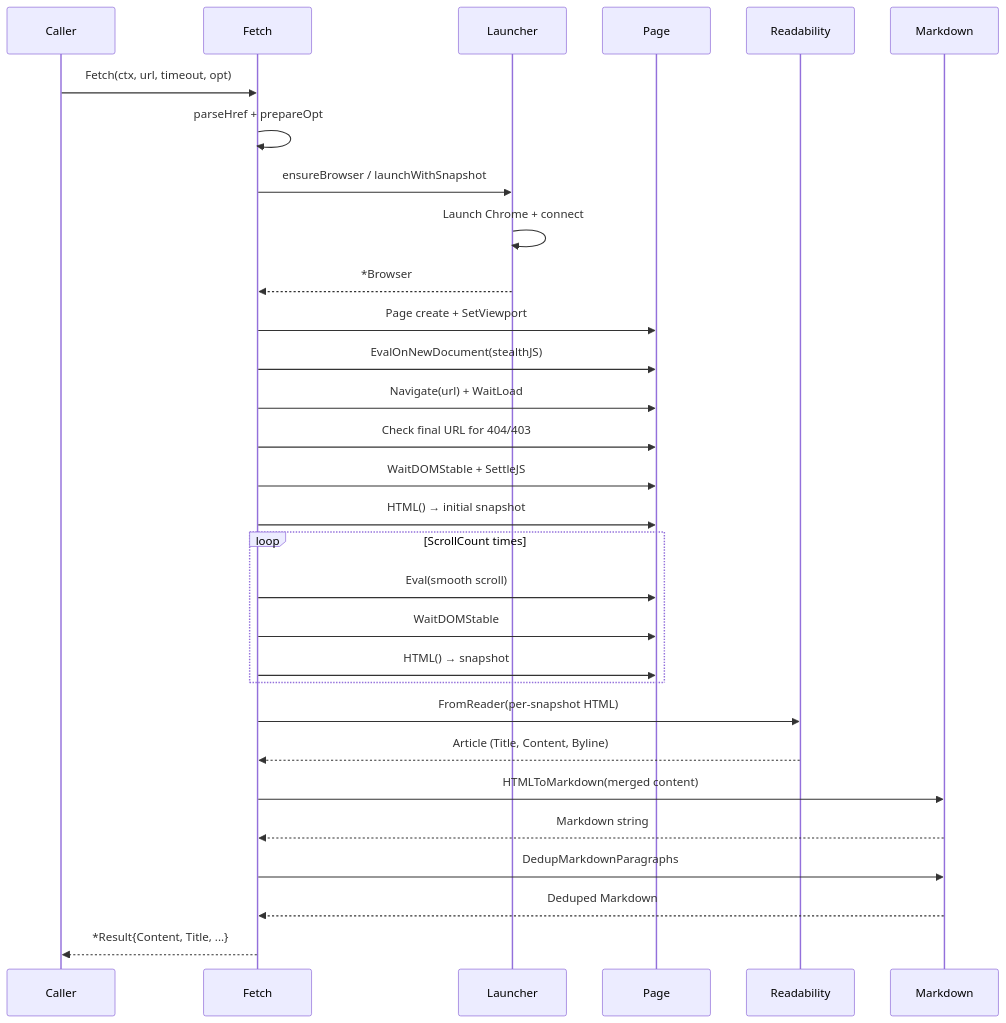
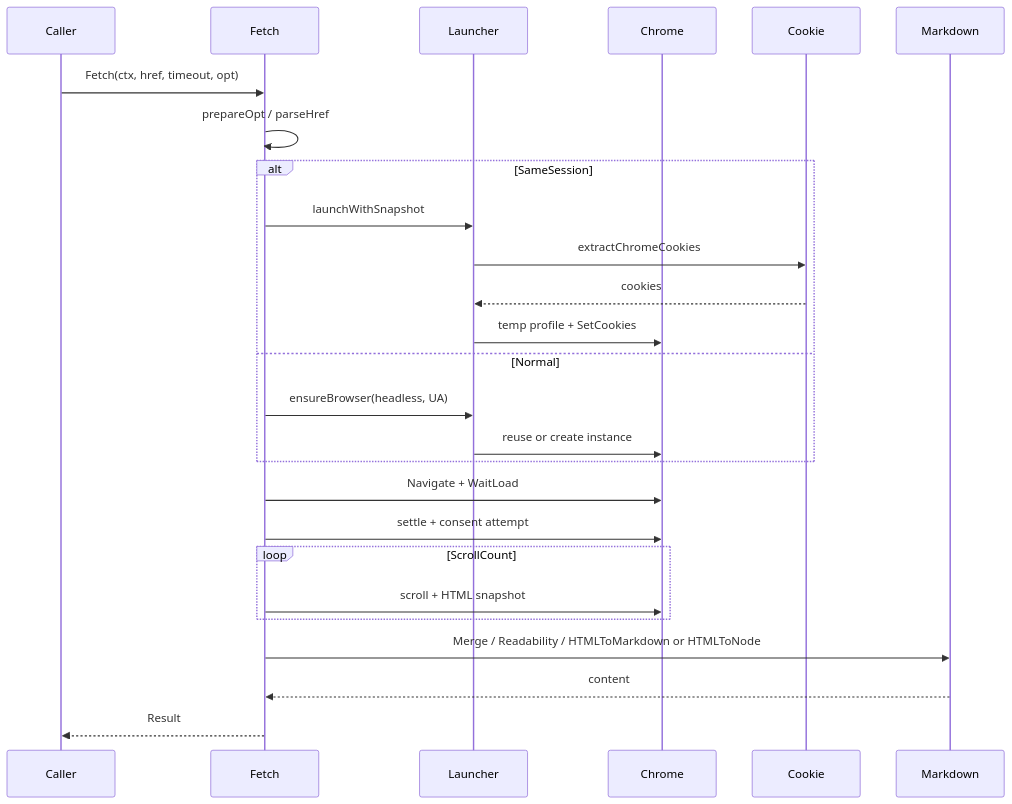
Before and after one commit to pardnchiu/go-browser: the sixth of 7 diagrams in doc/architecture.md, drawn with Mermaid. The commit also changed other lines of this file and 5 other files, not shown here.

Commit message:
doc: Rewrite docs for Chrome content extraction and package rename

````diff
--- a/doc/architecture.md
+++ b/doc/architecture.md
@@ -165,33 +123,28 @@
 ```mermaid
 sequenceDiagram
     participant Caller
     participant Fetch
     participant Launcher
-    participant Page
-    participant Readability
+    participant Chrome
+    participant Cookie
     participant Markdown
-
-    Caller->>Fetch: Fetch(ctx, url, timeout, opt)
-    Fetch->>Fetch: parseHref + prepareOpt
-    Fetch->>Launcher: ensureBrowser / launchWithSnapshot
-    Launcher->>Launcher: Launch Chrome + connect
-    Launcher-->>Fetch: *Browser
-    Fetch->>Page: Page create + SetViewport
-    Fetch->>Page: EvalOnNewDocument(stealthJS)
-    Fetch->>Page: Navigate(url) + WaitLoad
-    Fetch->>Page: Check final URL for 404/403
-    Fetch->>Page: WaitDOMStable + SettleJS
-    Fetch->>Page: HTML() → initial snapshot
-    loop ScrollCount times
-        Fetch->>Page: Eval(smooth scroll)
-        Fetch->>Page: WaitDOMStable
-        Fetch->>Page: HTML() → snapshot
+    Caller->>Fetch: Fetch(ctx, href, timeout, opt)
+    Fetch->>Fetch: prepareOpt / parseHref
+    alt SameSession
+        Fetch->>Launcher: launchWithSnapshot
+        Launcher->>Cookie: extractChromeCookies
+        Cookie-->>Launcher: cookies
+        Launcher->>Chrome: temp profile + SetCookies
+    else Normal
+        Fetch->>Launcher: ensureBrowser(headless, UA)
+        Launcher->>Chrome: reuse or create instance
     end
-    Fetch->>Readability: FromReader(per-snapshot HTML)
-    Readability-->>Fetch: Article (Title, Content, Byline)
-    Fetch->>Markdown: HTMLToMarkdown(merged content)
-    Markdown-->>Fetch: Markdown string
-    Fetch->>Markdown: DedupMarkdownParagraphs
-    Markdown-->>Fetch: Deduped Markdown
-    Fetch-->>Caller: *Result{Content, Title, ...}
+    Fetch->>Chrome: Navigate + WaitLoad
+    Fetch->>Chrome: settle + consent attempt
+    loop ScrollCount
+        Fetch->>Chrome: scroll + HTML snapshot
+    end
+    Fetch->>Markdown: Merge / Readability / HTMLToMarkdown or HTMLToNode
+    Markdown-->>Fetch: content
+    Fetch-->>Caller: Result
 ```
````
